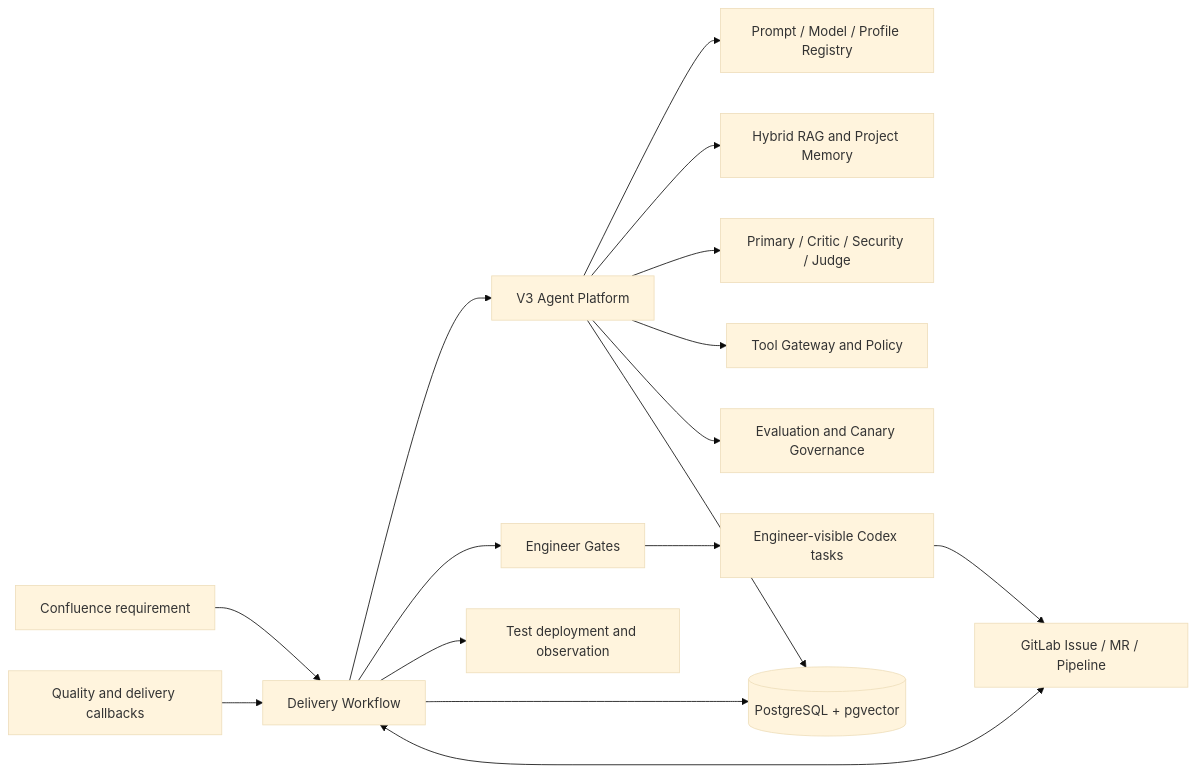
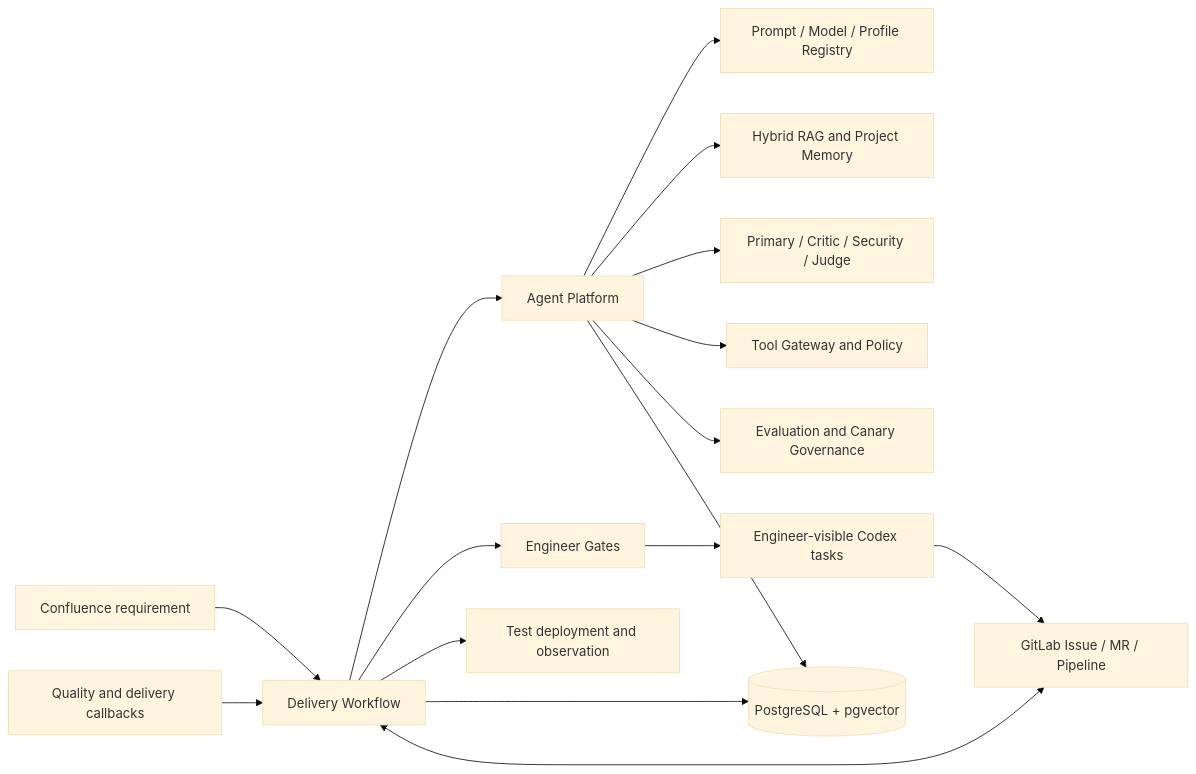
One commit to zxr111/agentic-sdlc-control-plane changed the diagram in README.md. Above: the diagram before and after it, drawn with Mermaid (base theme). The commit also changed other lines of this file and 17 other files, not shown here.

Commit message:
refactor: rename V3 Agent Platform in user-facing content

````diff
--- a/README.md
+++ b/README.md
@@ -30,21 +30,21 @@
 ```mermaid
 flowchart LR
     CF[Confluence requirement] --> WF[Delivery Workflow]
     GL[GitLab Issue / MR / Pipeline] <--> WF
     CB[Quality and delivery callbacks] --> WF
 
-    WF --> AP[V3 Agent Platform]
+    WF --> AP[Agent Platform]
     AP --> REG[Prompt / Model / Profile Registry]
     AP --> RAG[Hybrid RAG and Project Memory]
     AP --> MA[Primary / Critic / Security / Judge]
     AP --> TG[Tool Gateway and Policy]
     AP --> EV[Evaluation and Canary Governance]
 
     WF --> GATE[Engineer Gates]
     GATE --> CODEX[Engineer-visible Codex tasks]
     CODEX --> GL
     WF --> TEST[Test deployment and observation]
 
     WF --> DB[(PostgreSQL + pgvector)]
     AP --> DB
 ```
````
